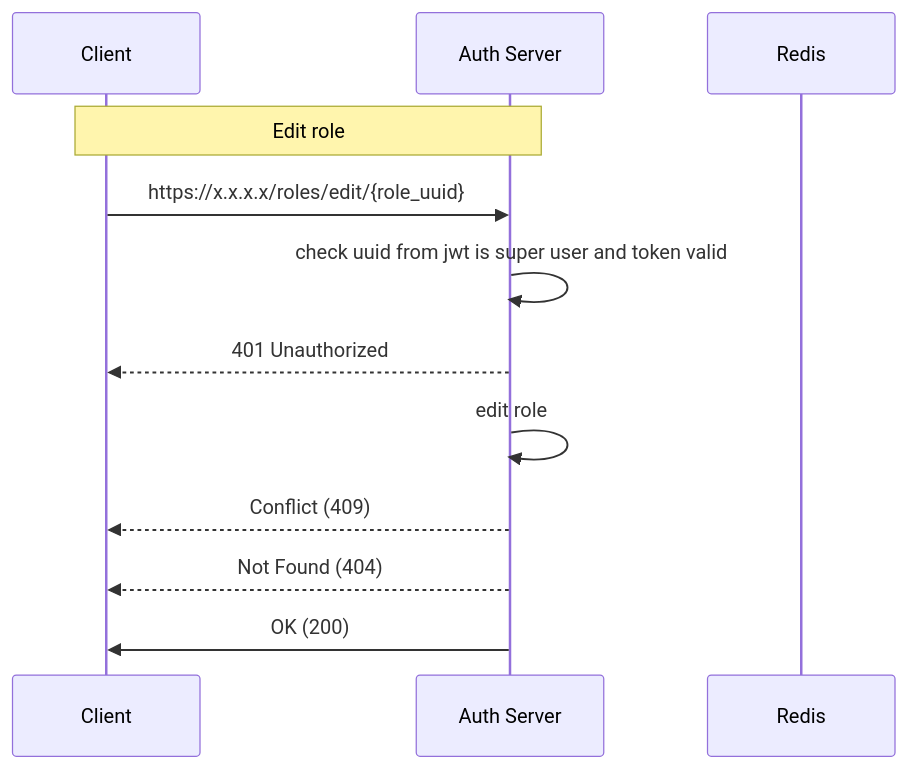
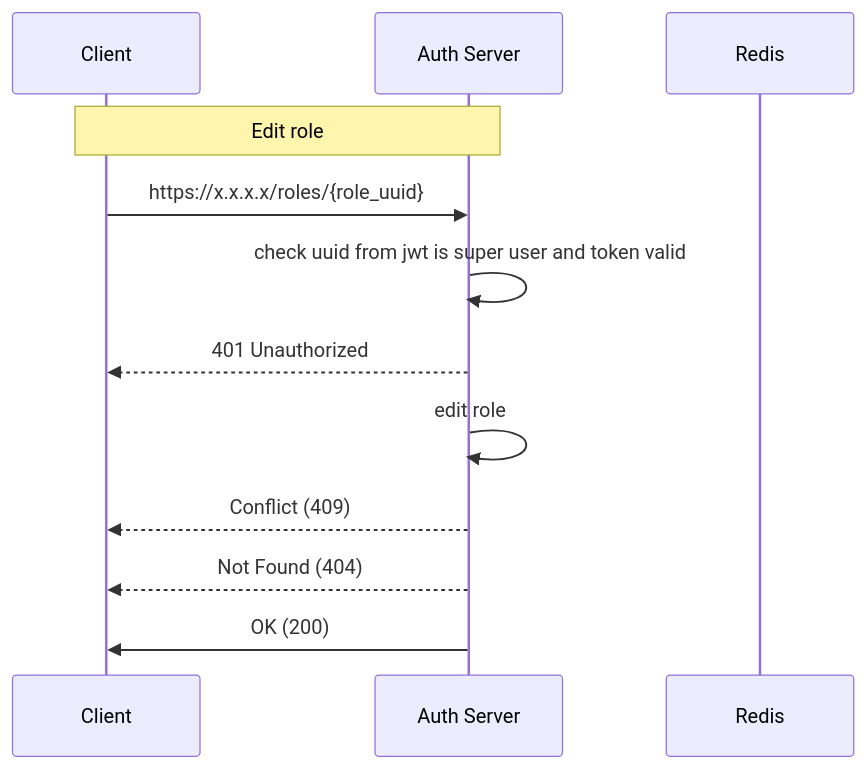
Before and after one commit to veselij/Auth_sprint_6_team_5: the diagram in Docs/2_roles/3_edit_role.md, drawn with Mermaid. The commit also changed other lines of this file and 18 other files, not shown here.

````diff
--- a/Docs/2_roles/3_edit_role.md
+++ b/Docs/2_roles/3_edit_role.md
@@ -1,16 +1,16 @@
 ```mermaid
 sequenceDiagram
     participant C as Client  
     participant S as Auth Server
     participant R as Redis
 
 	Note over C, S: Edit role
-	C->>S: https://x.x.x.x/roles/edit/{role_uuid}
+	C->>S: https://x.x.x.x/roles/{role_uuid}
 	S->>S: check uuid from jwt is super user and token valid
 	S-->>C: 401 Unauthorized
 	S->>S: edit role
 	S-->>C: Conflict (409)
 	S-->>C: Not Found (404)
 	S->>C: OK (200)
 
 ```
````
